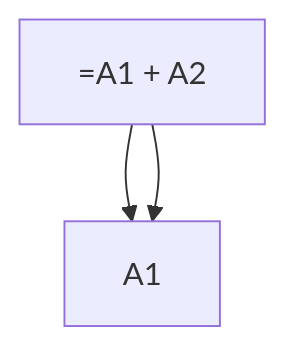
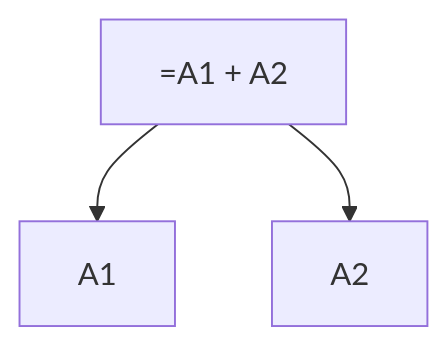
One commit to dalager/graphedexcel changed the first of 2 diagrams in README.md. Above: the diagram before and after it, drawn with Mermaid.

````diff
--- a/README.md
+++ b/README.md
@@ -18,6 +18,6 @@
 ```mermaid
 graph TD
     A3 --> A1
-    A3 --> A1
+    A3 --> A2
     A3["=A1 + A2"]
 ```
````
